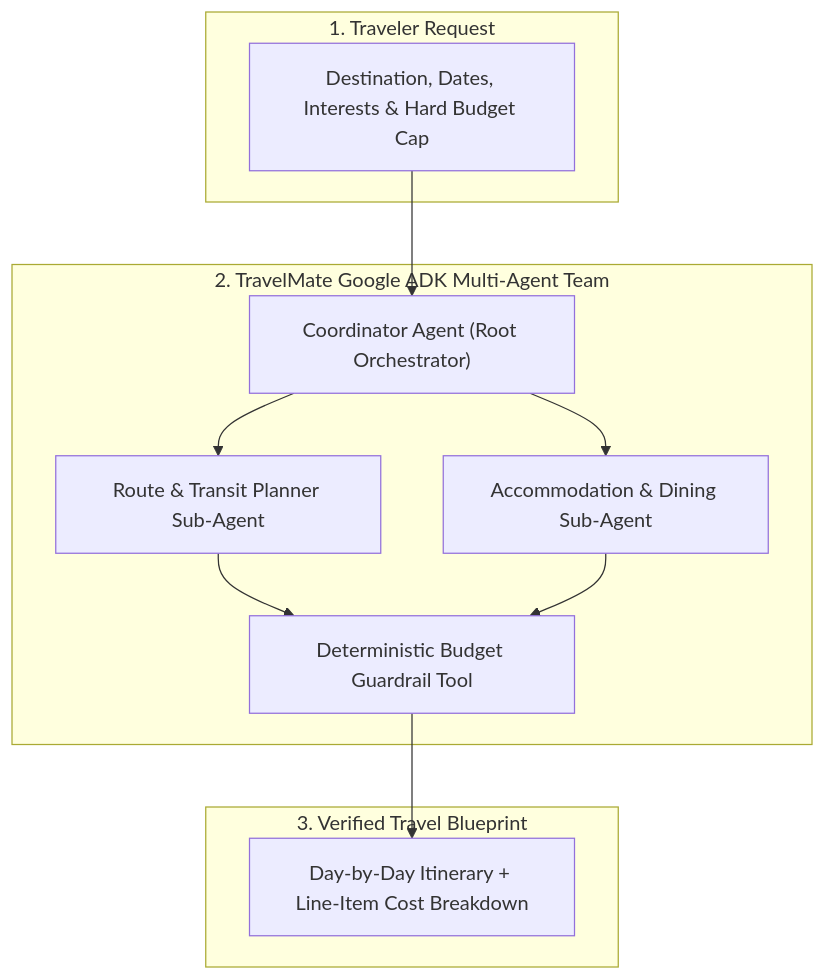
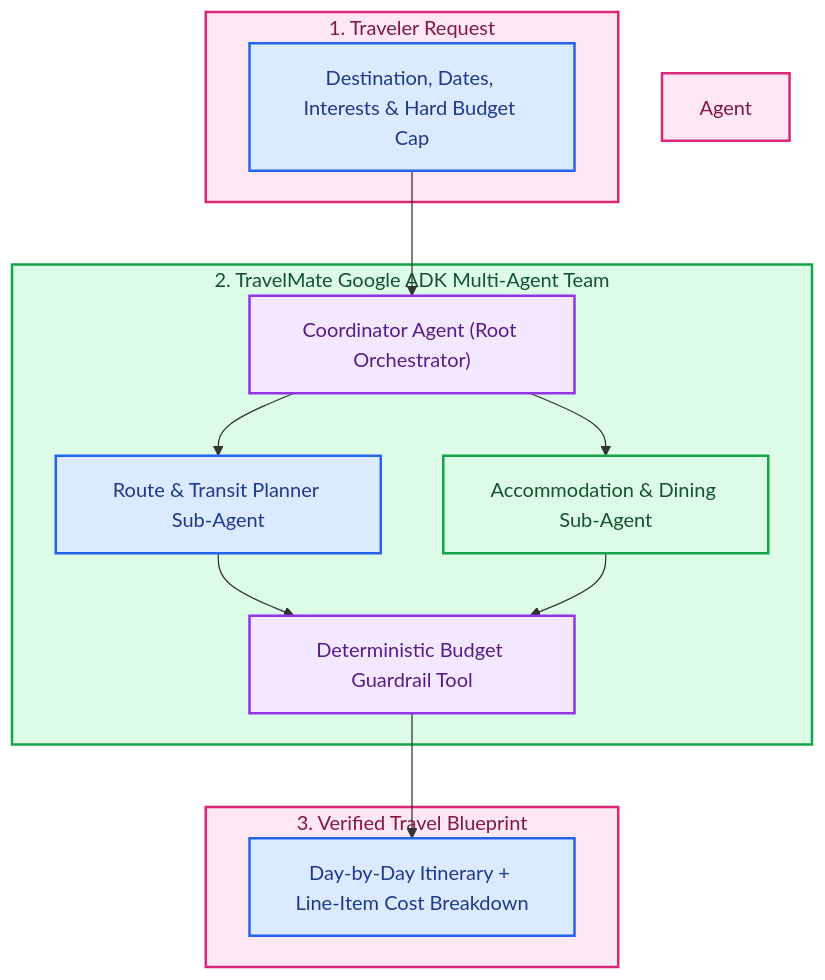
Before and after one commit to RobinaMirbahar/TravelMate-AI: the diagram in README.md, drawn with Mermaid. The commit also changed other lines of this file, not shown here.

Commit message:
docs: add 3-line Author & Companion Publication header, color-coded Mermaid diagram, and remove repetitive footer

````diff
--- a/README.md
+++ b/README.md
@@ -28,18 +28,28 @@
 ```mermaid
 flowchart TD
     subgraph User ["1. Traveler Request"]
         U_Req["Destination, Dates, Interests & Hard Budget Cap"]
     end
     subgraph ADK ["2. TravelMate Google ADK Multi-Agent Team"]
         A_Root["Coordinator Agent (Root Orchestrator)"]
         A_Route["Route & Transit Planner Sub-Agent"]
         A_Stay["Accommodation & Dining Sub-Agent"]
         A_Budget["Deterministic Budget Guardrail Tool"]
     end
     subgraph Out ["3. Verified Travel Blueprint"]
         O_Plan["Day-by-Day Itinerary + Line-Item Cost Breakdown"]
     end
     U_Req --> A_Root
     A_Root --> A_Route & A_Stay
     A_Route & A_Stay --> A_Budget --> O_Plan
+    style User fill:#fce7f3,stroke:#db2777,stroke-width:2px,color:#831843
+    style U_Req fill:#dbeafe,stroke:#2563eb,stroke-width:2px,color:#1e3a8a
+    style ADK fill:#dcfce7,stroke:#16a34a,stroke-width:2px,color:#14532d
+    style A_Root fill:#f3e8ff,stroke:#9333ea,stroke-width:2px,color:#581c87
+    style Agent fill:#fce7f3,stroke:#db2777,stroke-width:2px,color:#831843
+    style A_Route fill:#dbeafe,stroke:#2563eb,stroke-width:2px,color:#1e3a8a
+    style A_Stay fill:#dcfce7,stroke:#16a34a,stroke-width:2px,color:#14532d
+    style A_Budget fill:#f3e8ff,stroke:#9333ea,stroke-width:2px,color:#581c87
+    style Out fill:#fce7f3,stroke:#db2777,stroke-width:2px,color:#831843
+    style O_Plan fill:#dbeafe,stroke:#2563eb,stroke-width:2px,color:#1e3a8a
 ```
````
